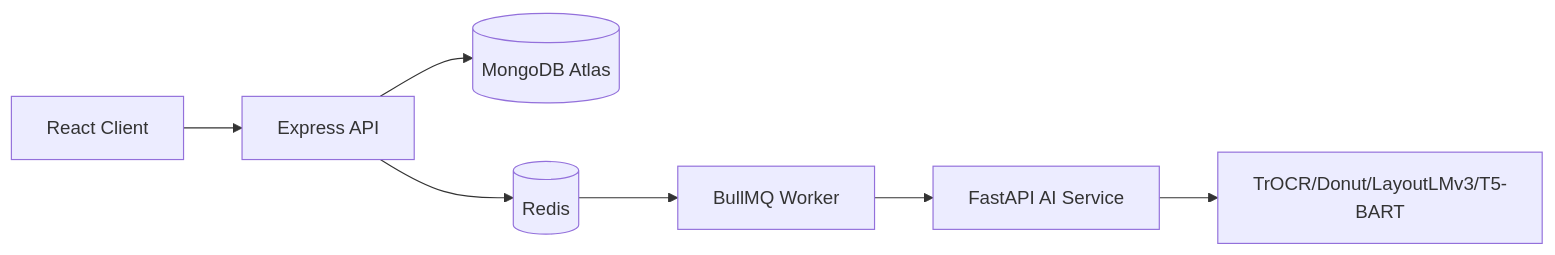
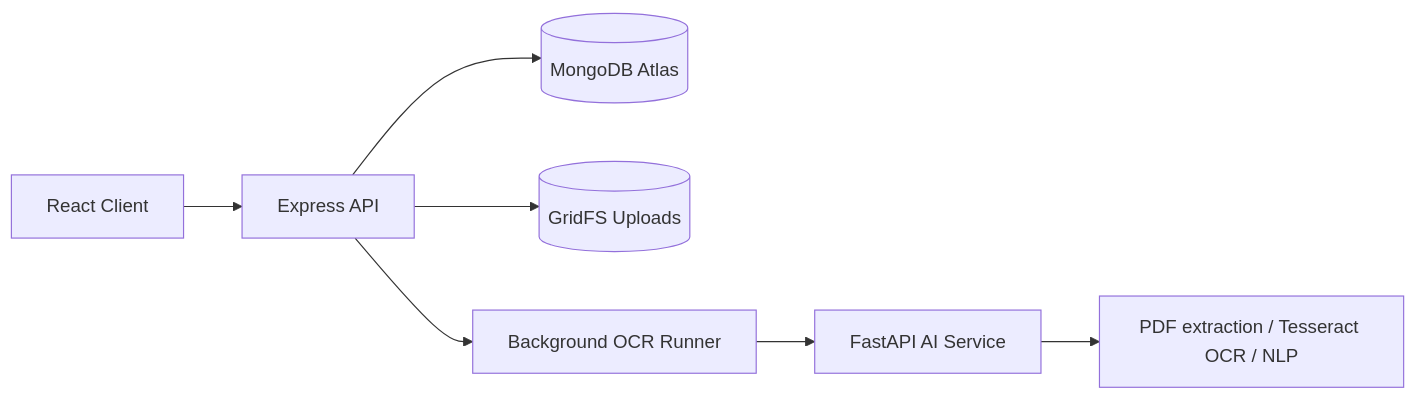
The diagram in docs/ARCHITECTURE.md (Vipul99999/PenBot-AI), drawn with Mermaid before and after one commit. The commit also changed other lines of this file and 39 other files, not shown here.

````diff
--- a/docs/ARCHITECTURE.md
+++ b/docs/ARCHITECTURE.md
@@ -3,9 +3,9 @@
 ```mermaid
 flowchart LR
 A[React Client] --> B[Express API]
 B --> C[(MongoDB Atlas)]
-B --> D[(Redis)]
-D --> E[BullMQ Worker]
-E --> F[FastAPI AI Service]
-F --> G[TrOCR/Donut/LayoutLMv3/T5-BART]
+B --> G[(GridFS Uploads)]
+B --> D[Background OCR Runner]
+D --> E[FastAPI AI Service]
+E --> F[PDF extraction / Tesseract OCR / NLP]
 ```
````
